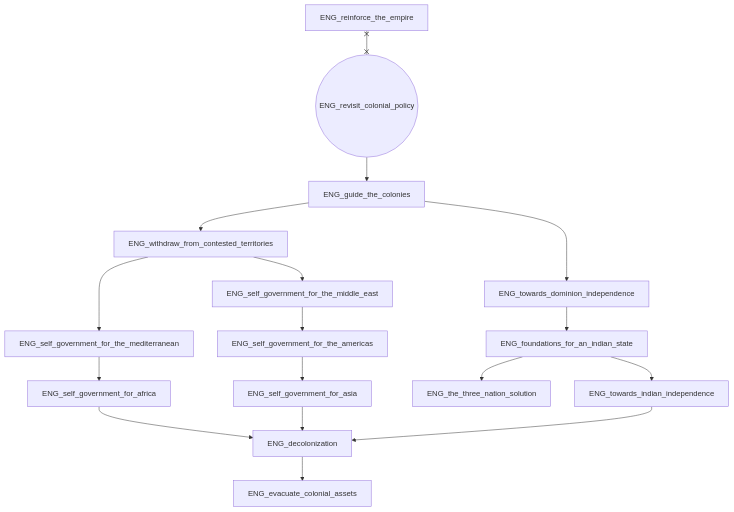
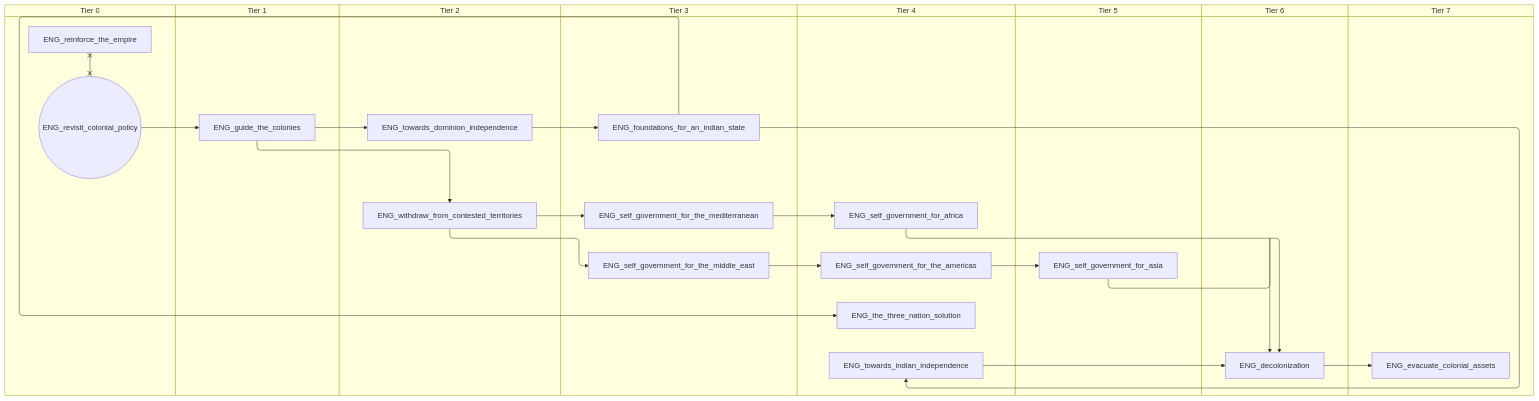
The fifth of 9 diagrams in docs/gdd/National Focuses/r56/uk.md (evgeny-sobol/hoi4-sandbox-mode-r56), drawn with Mermaid before and after one commit. The commit also changed other lines of this file and 423 other files, not shown here.

First line of the commit message:
Re-export Rt56 focus trees as swimlane diagrams

````diff
--- a/docs/gdd/National Focuses/r56/uk.md
+++ b/docs/gdd/National Focuses/r56/uk.md
@@ -320,34 +378,50 @@
 ```mermaid
-flowchart TD
-    n128["ENG_decolonization"]
-    n129["ENG_evacuate_colonial_assets"]
-    n130["ENG_foundations_for_an_indian_state"]
-    n131["ENG_guide_the_colonies"]
-    n96["ENG_reinforce_the_empire"]
-    n97(("ENG_revisit_colonial_policy"))
-    n132["ENG_self_government_for_africa"]
-    n133["ENG_self_government_for_asia"]
-    n134["ENG_self_government_for_the_americas"]
-    n135["ENG_self_government_for_the_mediterranean"]
-    n136["ENG_self_government_for_the_middle_east"]
-    n137["ENG_the_three_nation_solution"]
-    n138["ENG_towards_dominion_independence"]
-    n139["ENG_towards_indian_independence"]
-    n140["ENG_withdraw_from_contested_territories"]
-    n132 --> n128
-    n133 --> n128
-    n139 --> n128
+swimlane-beta TD
+    subgraph tier_0["Tier 0"]
+        n92["ENG_reinforce_the_empire"]
+        n93(("ENG_revisit_colonial_policy"))
+    end
+    subgraph tier_1["Tier 1"]
+        n128["ENG_guide_the_colonies"]
+    end
+    subgraph tier_2["Tier 2"]
+        n129["ENG_towards_dominion_independence"]
+        n130["ENG_withdraw_from_contested_territories"]
+    end
+    subgraph tier_3["Tier 3"]
+        n131["ENG_foundations_for_an_indian_state"]
+        n132["ENG_self_government_for_the_mediterranean"]
+        n133["ENG_self_government_for_the_middle_east"]
+    end
+    subgraph tier_4["Tier 4"]
+        n134["ENG_self_government_for_africa"]
+        n135["ENG_self_government_for_the_americas"]
+        n136["ENG_the_three_nation_solution"]
+        n137["ENG_towards_indian_independence"]
+    end
+    subgraph tier_5["Tier 5"]
+        n138["ENG_self_government_for_asia"]
+    end
+    subgraph tier_6["Tier 6"]
+        n139["ENG_decolonization"]
+    end
+    subgraph tier_7["Tier 7"]
+        n140["ENG_evacuate_colonial_assets"]
+    end
+    n134 --> n139
+    n138 --> n139
+    n137 --> n139
+    n139 --> n140
+    n129 --> n131
+    n93 --> n128
+    n132 --> n134
+    n135 --> n138
+    n133 --> n135
+    n130 --> n132
+    n130 --> n133
+    n131 --> n136
     n128 --> n129
-    n138 --> n130
-    n97 --> n131
-    n135 --> n132
-    n134 --> n133
-    n136 --> n134
-    n140 --> n135
-    n140 --> n136
-    n130 --> n137
-    n131 --> n138
-    n130 --> n139
-    n131 --> n140
-    n96 x--x n97
+    n131 --> n137
+    n128 --> n130
+    n92 x--x n93
 ```
````
